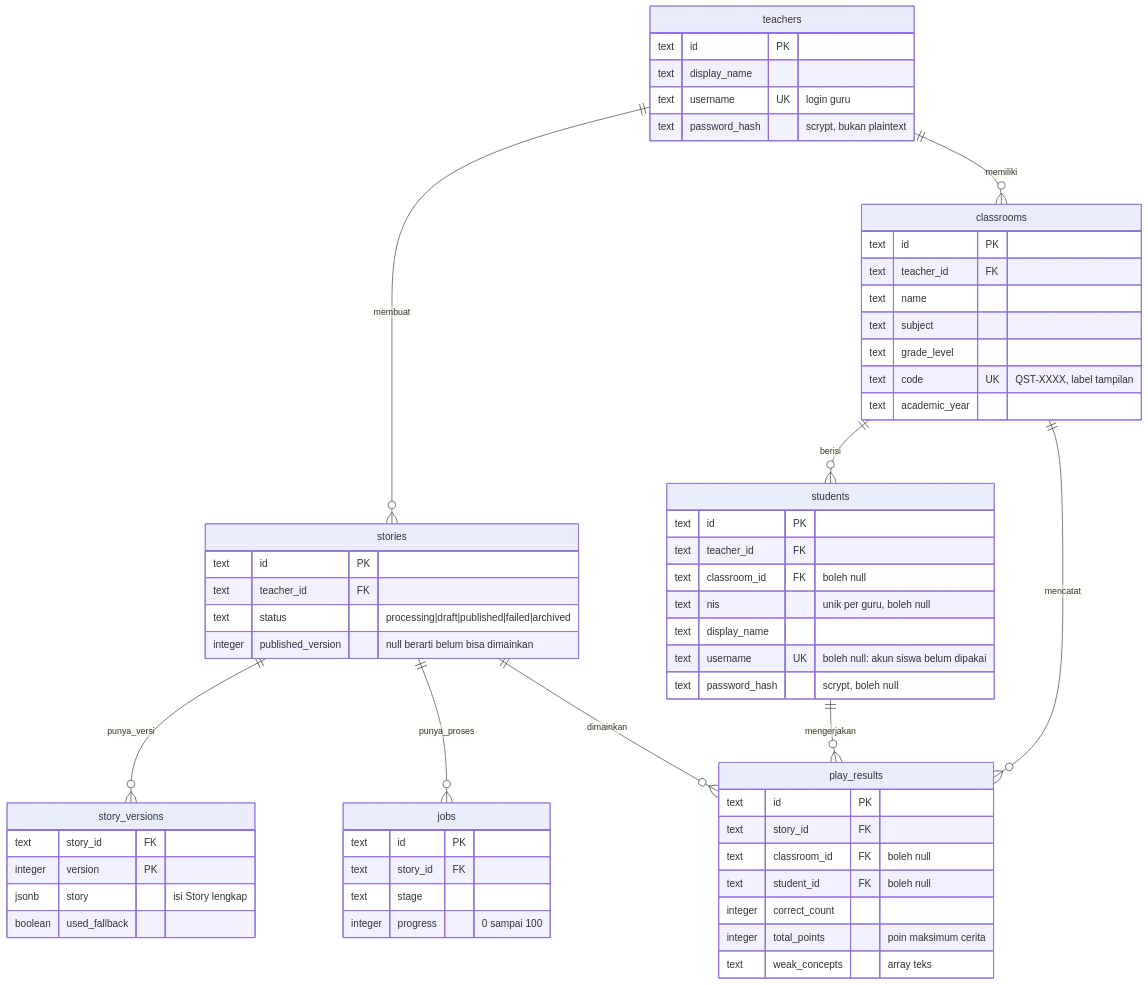
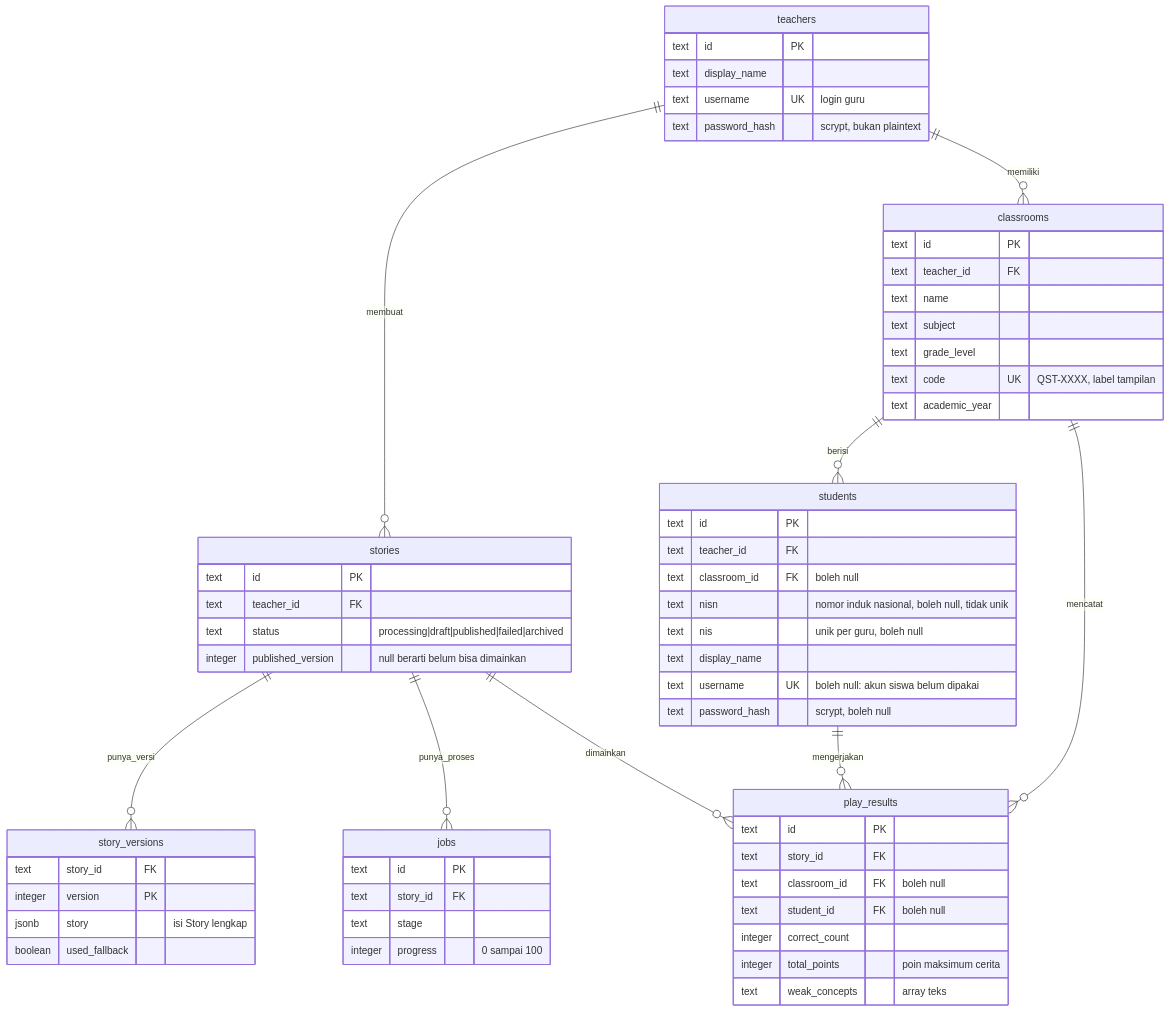
The first of 2 diagrams in docs/06-backend/persistence.md (justeita/ClassQuest), drawn with Mermaid before and after one commit. The commit also changed other lines of this file and 44 other files, not shown here.

````diff
--- a/docs/06-backend/persistence.md
+++ b/docs/06-backend/persistence.md
@@ -44,63 +44,64 @@
 ```mermaid
 erDiagram
     teachers ||--o{ stories : membuat
     teachers ||--o{ classrooms : memiliki
     classrooms ||--o{ students : berisi
     classrooms ||--o{ play_results : mencatat
     students ||--o{ play_results : mengerjakan
     stories ||--o{ story_versions : punya_versi
     stories ||--o{ jobs : punya_proses
     stories ||--o{ play_results : dimainkan
 
     teachers {
         text id PK
         text display_name
         text username UK "login guru"
         text password_hash "scrypt, bukan plaintext"
     }
     classrooms {
         text id PK
         text teacher_id FK
         text name
         text subject
         text grade_level
         text code UK "QST-XXXX, label tampilan"
         text academic_year
     }
     students {
         text id PK
         text teacher_id FK
         text classroom_id FK "boleh null"
+        text nisn "nomor induk nasional, boleh null, tidak unik"
         text nis "unik per guru, boleh null"
         text display_name
         text username UK "boleh null: akun siswa belum dipakai"
         text password_hash "scrypt, boleh null"
     }
     stories {
         text id PK
         text teacher_id FK
         text status "processing|draft|published|failed|archived"
         integer published_version "null berarti belum bisa dimainkan"
     }
     story_versions {
         text story_id FK
         integer version PK
         jsonb story "isi Story lengkap"
         boolean used_fallback
     }
     jobs {
         text id PK
         text story_id FK
         text stage
         integer progress "0 sampai 100"
     }
     play_results {
         text id PK
         text story_id FK
         text classroom_id FK "boleh null"
         text student_id FK "boleh null"
         integer correct_count
         integer total_points "poin maksimum cerita"
         text weak_concepts "array teks"
     }
 ```
````
